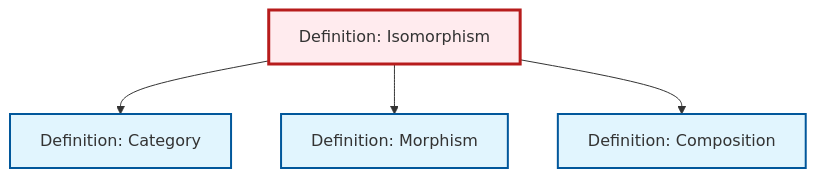
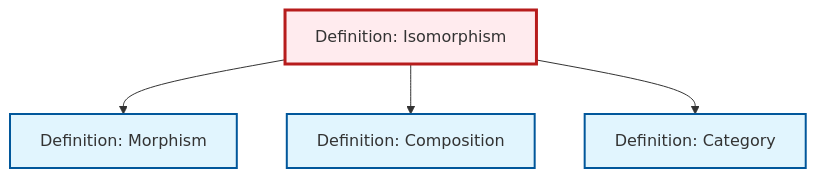
Before and after one commit to RK0429/ModernMath: the diagram in content/ja/category-theory/def-isomorphism.qmd, drawn with Mermaid. The commit also changed other lines of this file and 434 other files, not shown here.

````diff
--- a/content/ja/category-theory/def-isomorphism.qmd
+++ b/content/ja/category-theory/def-isomorphism.qmd
@@ -83,20 +83,20 @@
 ```{mermaid}
 %%| fig-cap: "Local dependency graph"
 graph TD
     classDef definition fill:#e1f5fe,stroke:#01579b,stroke-width:2px
     classDef theorem fill:#f3e5f5,stroke:#4a148c,stroke-width:2px
     classDef axiom fill:#fff3e0,stroke:#e65100,stroke-width:2px
     classDef example fill:#e8f5e9,stroke:#1b5e20,stroke-width:2px
     classDef current fill:#ffebee,stroke:#b71c1c,stroke-width:3px
-    def-category["Definition: Category"]:::definition
     def-morphism["Definition: Morphism"]:::definition
     def-isomorphism["Definition: Isomorphism"]:::definition
     def-composition["Definition: Composition"]:::definition
-    def-isomorphism --> def-category
+    def-category["Definition: Category"]:::definition
     def-isomorphism --> def-morphism
     def-isomorphism --> def-composition
+    def-isomorphism --> def-category
     class def-isomorphism current
-    click def-category "def-category.html" "Definition: Categoryへ"
     click def-morphism "def-morphism.html" "Definition: Morphismへ"
     click def-composition "def-composition.html" "Definition: Compositionへ"
+    click def-category "def-category.html" "Definition: Categoryへ"
 ```
````
